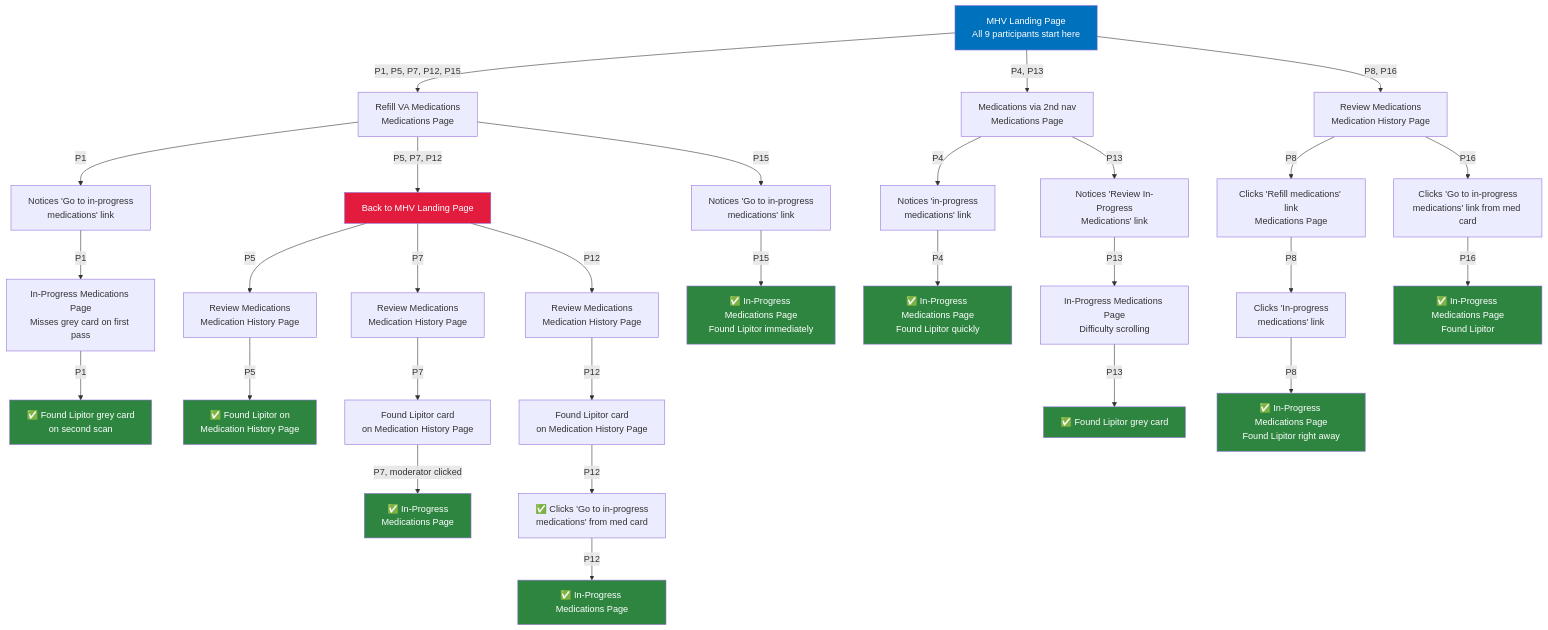
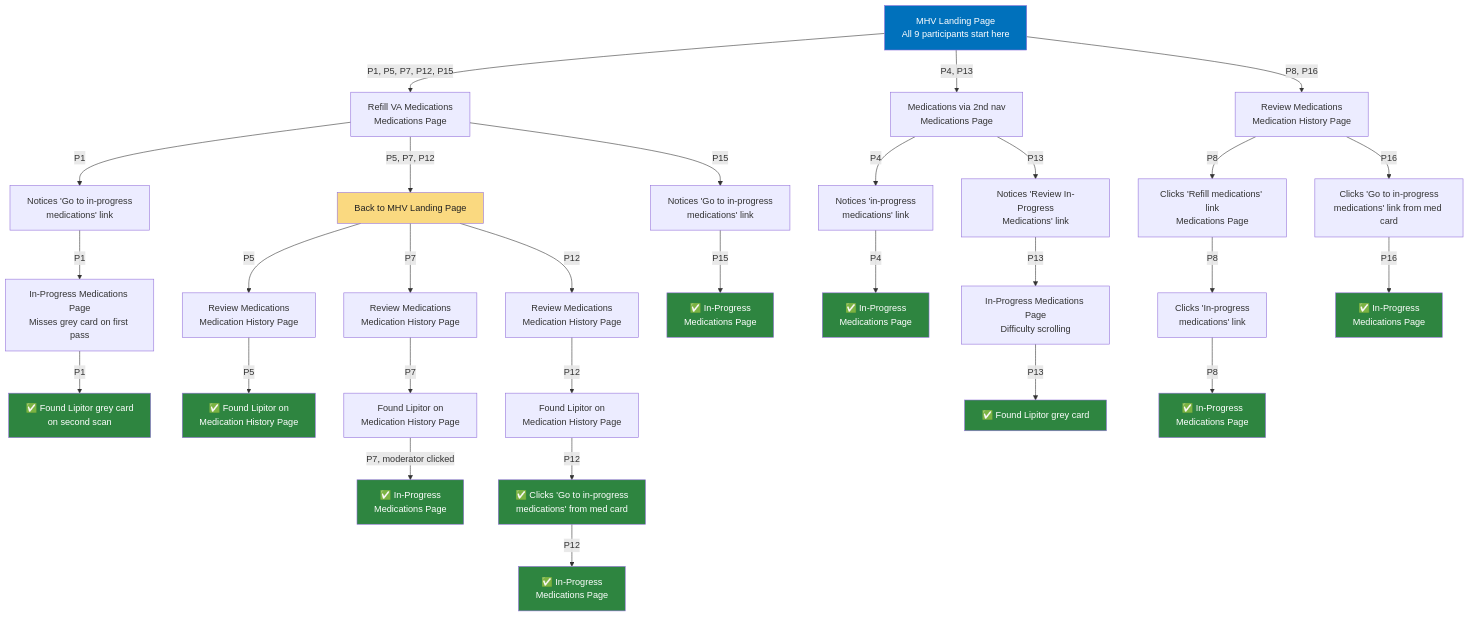
One commit to Ninjaneer321/va.gov-team changed the diagram in products/health-care/digital-health-modernization/mhv-to-va.gov/medications/research/2026-02-medications-management-improvements/path-analysis/task-1-refill-status.md. Above: the diagram before and after it, drawn with Mermaid. The commit also changed other lines of this file, not shown here.

First line of the commit message:
Revise Task 1 for Lipitor refill request status

````diff
--- a/products/health-care/digital-health-modernization/mhv-to-va.gov/medications/research/2026-02-medications-management-improvements/path-analysis/task-1-refill-status.md
+++ b/products/health-care/digital-health-modernization/mhv-to-va.gov/medications/research/2026-02-medications-management-improvements/path-analysis/task-1-refill-status.md
@@ -10,57 +18,58 @@
 ```mermaid
 flowchart TD
     START[MHV Landing Page<br>All 9 participants start here]
 
     START -->|P1, P5, P7, P12, P15| REFILL[Refill VA Medications<br>Medications Page]
     START -->|P4, P13| MEDS_NAV[Medications via 2nd nav<br>Medications Page]
     START -->|P8, P16| REVIEW[Review Medications<br>Medication History Page]
 
     REFILL -->|P1| CROSSLINK_IP1[Notices 'Go to in-progress<br>medications' link]
     REFILL -->|P5, P7, P12| BACK_LANDING[Back to MHV Landing Page]
     REFILL -->|P15| CROSSLINK_IP2[Notices 'Go to in-progress<br>medications' link]
 
     MEDS_NAV -->|P4| CROSSLINK_IP3[Notices 'in-progress<br>medications' link]
     MEDS_NAV -->|P13| CROSSLINK_IP4[Notices 'Review In-Progress<br>Medications' link]
 
     REVIEW -->|P8| REFILL_LINK[Clicks 'Refill medications' link<br>Medications Page]
     REVIEW -->|P16| IP_LINK[Clicks 'Go to in-progress<br>medications' link from med card]
 
     BACK_LANDING -->|P5| REVIEW2[Review Medications<br>Medication History Page]
     BACK_LANDING -->|P7| REVIEW3[Review Medications<br>Medication History Page]
     BACK_LANDING -->|P12| REVIEW4[Review Medications<br>Medication History Page]
 
     REFILL_LINK -->|P8| CROSSLINK_IP5[Clicks 'In-progress<br>medications' link]
 
     REVIEW2 -->|P5| FOUND_HIST["✅ Found Lipitor on<br>Medication History Page"]
-    REVIEW3 -->|P7| FOUND_HIST2[Found Lipitor card<br>on Medication History Page]
-    REVIEW4 -->|P12| FOUND_HIST3[Found Lipitor card<br>on Medication History Page]
+    REVIEW3 -->|P7| FOUND_HIST2[Found Lipitor on<br>Medication History Page]
+    REVIEW4 -->|P12| FOUND_HIST3[Found Lipitor on<br>Medication History Page]
 
     FOUND_HIST2 -->|P7, moderator clicked| IN_PROGRESS_P7["✅ In-Progress<br>Medications Page"]
     FOUND_HIST3 -->|P12| IP_FROM_CARD["✅ Clicks 'Go to in-progress<br>medications' from med card"]
 
     CROSSLINK_IP1 -->|P1| IN_PROGRESS_P1[In-Progress Medications Page<br>Misses grey card on first pass]
     IN_PROGRESS_P1 -->|P1| FOUND_P1["✅ Found Lipitor grey card<br>on second scan"]
 
-    CROSSLINK_IP2 -->|P15| FOUND_IP["✅ In-Progress Medications Page<br>Found Lipitor immediately"]
-    CROSSLINK_IP3 -->|P4| FOUND_P4["✅ In-Progress Medications Page<br>Found Lipitor quickly"]
+    CROSSLINK_IP2 -->|P15| FOUND_IP["✅ In-Progress<br>Medications Page"]
+    CROSSLINK_IP3 -->|P4| FOUND_P4["✅ In-Progress<br>Medications Page"]
     CROSSLINK_IP4 -->|P13| IN_PROGRESS_P13[In-Progress Medications Page<br>Difficulty scrolling]
     IN_PROGRESS_P13 -->|P13| FOUND_P13["✅ Found Lipitor grey card"]
 
-    CROSSLINK_IP5 -->|P8| FOUND_P8["✅ In-Progress Medications Page<br>Found Lipitor right away"]
+    CROSSLINK_IP5 -->|P8| FOUND_P8["✅ In-Progress<br>Medications Page"]
 
-    IP_LINK -->|P16| FOUND_P16["✅ In-Progress Medications Page<br>Found Lipitor"]
+    IP_LINK -->|P16| FOUND_P16["✅ In-Progress<br>Medications Page"]
 
-    IP_FROM_CARD -->|P12| FOUND_P12["✅ In-Progress Medications Page"]
+    IP_FROM_CARD -->|P12| FOUND_P12["✅ In-Progress<br>Medications Page"]
 
     style START fill:#0071bc,color:#fff
     style FOUND_HIST fill:#2e8540,color:#fff
     style FOUND_P1 fill:#2e8540,color:#fff
     style FOUND_IP fill:#2e8540,color:#fff
     style FOUND_P4 fill:#2e8540,color:#fff
     style FOUND_P13 fill:#2e8540,color:#fff
     style FOUND_P8 fill:#2e8540,color:#fff
     style FOUND_P16 fill:#2e8540,color:#fff
     style FOUND_P12 fill:#2e8540,color:#fff
     style IN_PROGRESS_P7 fill:#2e8540,color:#fff
-    style BACK_LANDING fill:#e31c3d,color:#fff
+    style IP_FROM_CARD fill:#2e8540,color:#fff
+    style BACK_LANDING fill:#fad980,color:#212121
 ```
````
